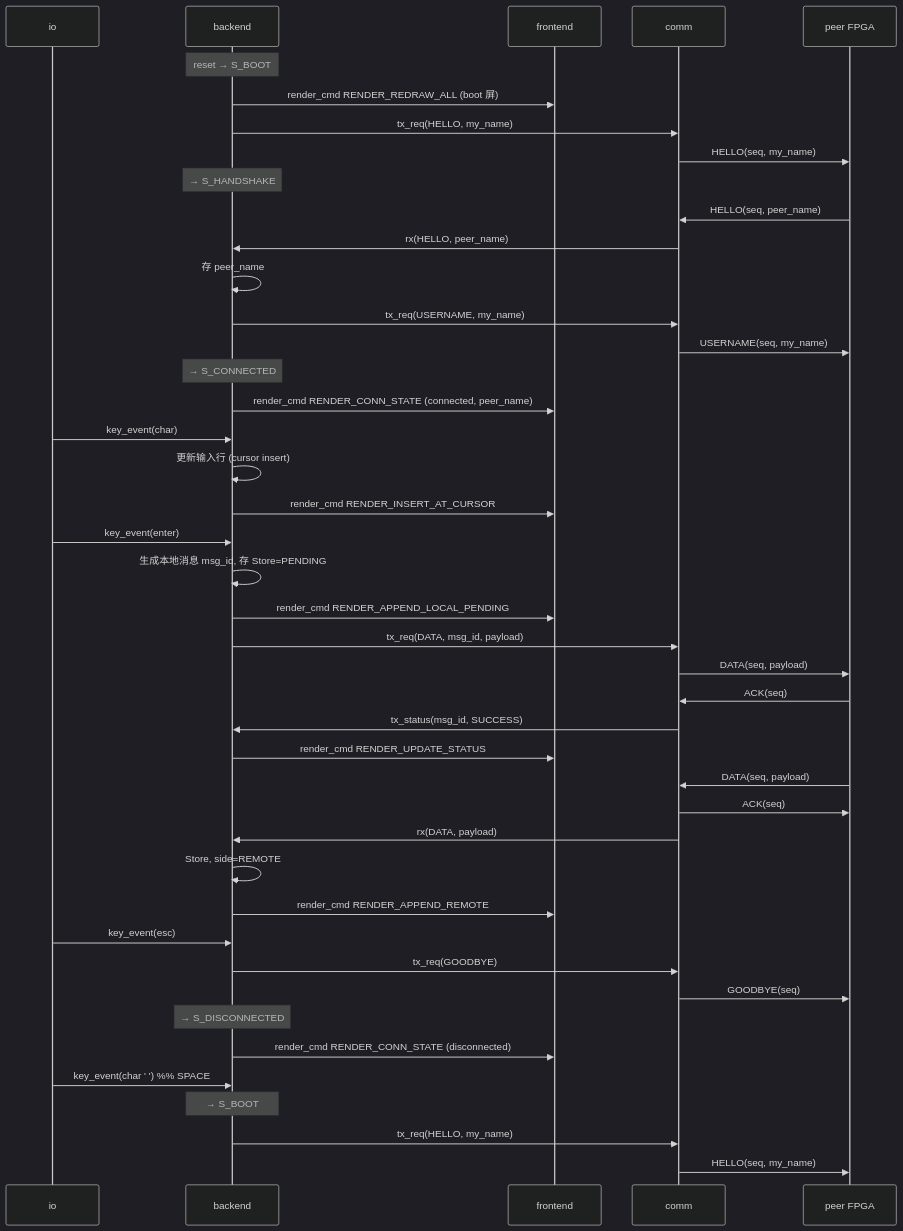
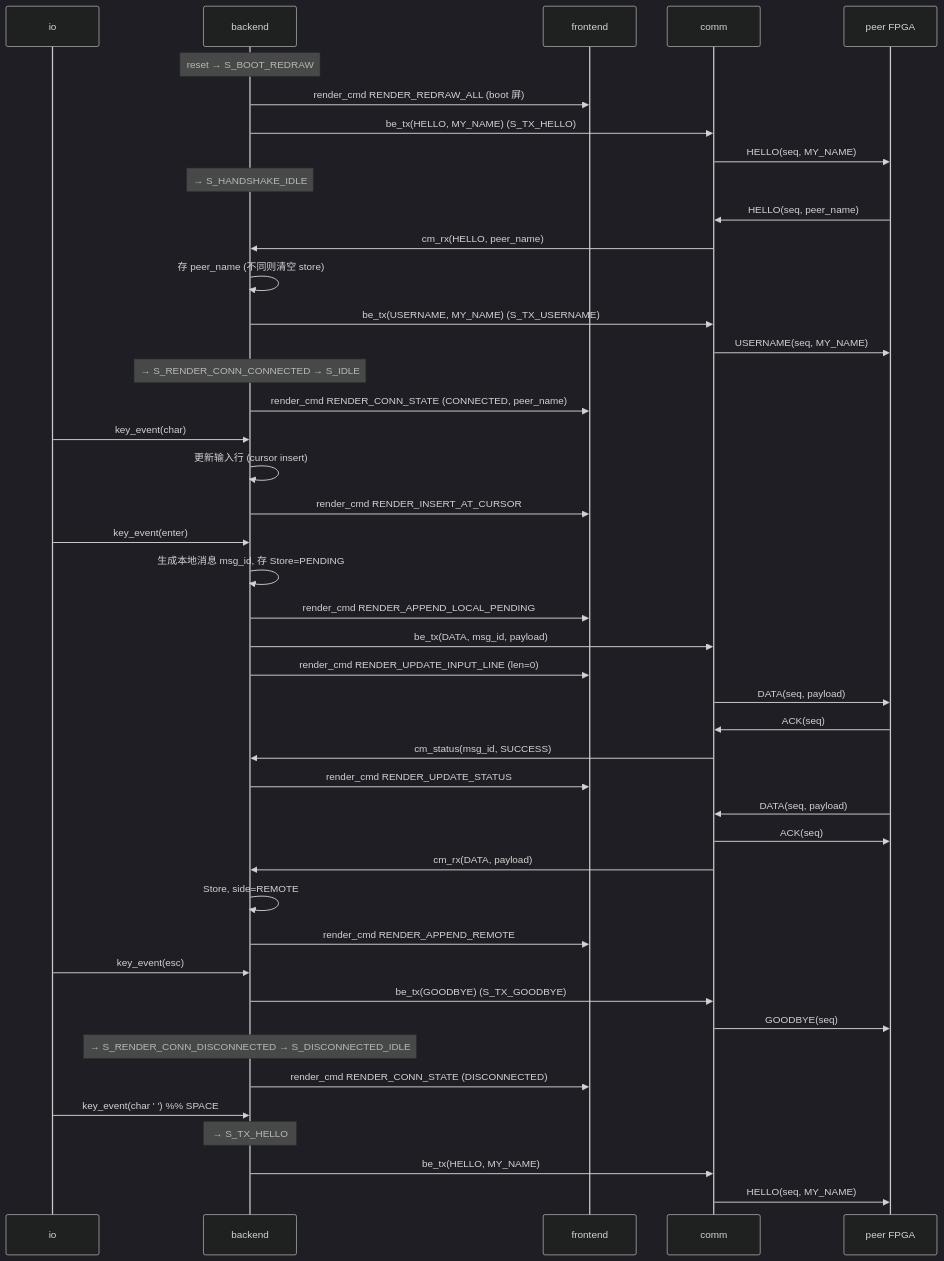
The first of 11 diagrams in README.md (LorenzLorentz/Digtal_Logic_Design), drawn with Mermaid (dark theme) before and after one commit. The commit also changed other lines of this file and 2 other files, not shown here.

````diff
--- a/README.md
+++ b/README.md
@@ -99,53 +29,54 @@
 ```mermaid
 sequenceDiagram
     participant IO as io
     participant BE as backend
     participant FE as frontend
     participant CM as comm
     participant PEER as peer FPGA
 
-    Note over BE: reset → S_BOOT
+    Note over BE: reset → S_BOOT_REDRAW
     BE->>FE: render_cmd RENDER_REDRAW_ALL (boot 屏)
-    BE->>CM: tx_req(HELLO, my_name)
-    CM->>PEER: HELLO(seq, my_name)
-    Note over BE: → S_HANDSHAKE
+    BE->>CM: be_tx(HELLO, MY_NAME)  (S_TX_HELLO)
+    CM->>PEER: HELLO(seq, MY_NAME)
+    Note over BE: → S_HANDSHAKE_IDLE
 
     PEER->>CM: HELLO(seq, peer_name)
-    CM->>BE: rx(HELLO, peer_name)
-    BE->>BE: 存 peer_name
-    BE->>CM: tx_req(USERNAME, my_name)
-    CM->>PEER: USERNAME(seq, my_name)
-    Note over BE: → S_CONNECTED
-    BE->>FE: render_cmd RENDER_CONN_STATE (connected, peer_name)
+    CM->>BE: cm_rx(HELLO, peer_name)
+    BE->>BE: 存 peer_name (不同则清空 store)
+    BE->>CM: be_tx(USERNAME, MY_NAME)  (S_TX_USERNAME)
+    CM->>PEER: USERNAME(seq, MY_NAME)
+    Note over BE: → S_RENDER_CONN_CONNECTED → S_IDLE
+    BE->>FE: render_cmd RENDER_CONN_STATE (CONNECTED, peer_name)
 
     IO->>BE: key_event(char)
     BE->>BE: 更新输入行 (cursor insert)
     BE->>FE: render_cmd RENDER_INSERT_AT_CURSOR
 
     IO->>BE: key_event(enter)
     BE->>BE: 生成本地消息 msg_id, 存 Store=PENDING
     BE->>FE: render_cmd RENDER_APPEND_LOCAL_PENDING
-    BE->>CM: tx_req(DATA, msg_id, payload)
+    BE->>CM: be_tx(DATA, msg_id, payload)
+    BE->>FE: render_cmd RENDER_UPDATE_INPUT_LINE (len=0)
 
     CM->>PEER: DATA(seq, payload)
     PEER->>CM: ACK(seq)
-    CM->>BE: tx_status(msg_id, SUCCESS)
+    CM->>BE: cm_status(msg_id, SUCCESS)
     BE->>FE: render_cmd RENDER_UPDATE_STATUS
 
     PEER->>CM: DATA(seq, payload)
     CM->>PEER: ACK(seq)
-    CM->>BE: rx(DATA, payload)
+    CM->>BE: cm_rx(DATA, payload)
     BE->>BE: Store, side=REMOTE
     BE->>FE: render_cmd RENDER_APPEND_REMOTE
 
     IO->>BE: key_event(esc)
-    BE->>CM: tx_req(GOODBYE)
+    BE->>CM: be_tx(GOODBYE)  (S_TX_GOODBYE)
     CM->>PEER: GOODBYE(seq)
-    Note over BE: → S_DISCONNECTED
-    BE->>FE: render_cmd RENDER_CONN_STATE (disconnected)
+    Note over BE: → S_RENDER_CONN_DISCONNECTED → S_DISCONNECTED_IDLE
+    BE->>FE: render_cmd RENDER_CONN_STATE (DISCONNECTED)
 
     IO->>BE: key_event(char ' ')  %% SPACE
-    Note over BE: → S_BOOT
-    BE->>CM: tx_req(HELLO, my_name)
-    CM->>PEER: HELLO(seq, my_name)
+    Note over BE: → S_TX_HELLO
+    BE->>CM: be_tx(HELLO, MY_NAME)
+    CM->>PEER: HELLO(seq, MY_NAME)
 ```
````
